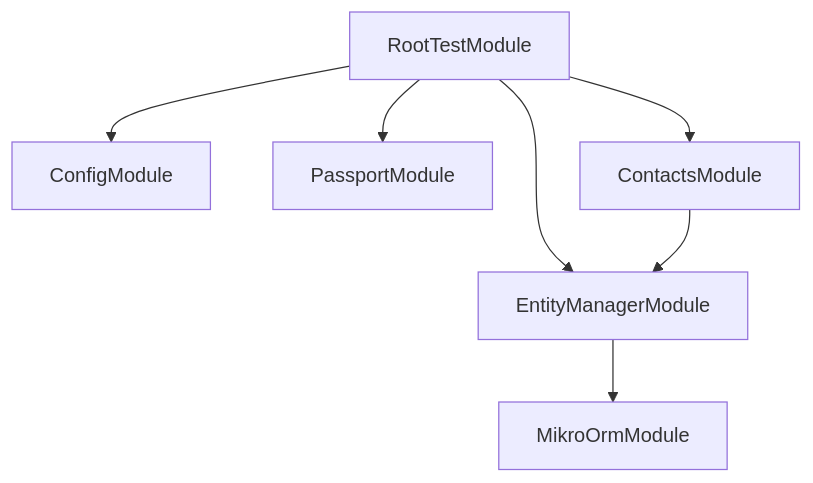
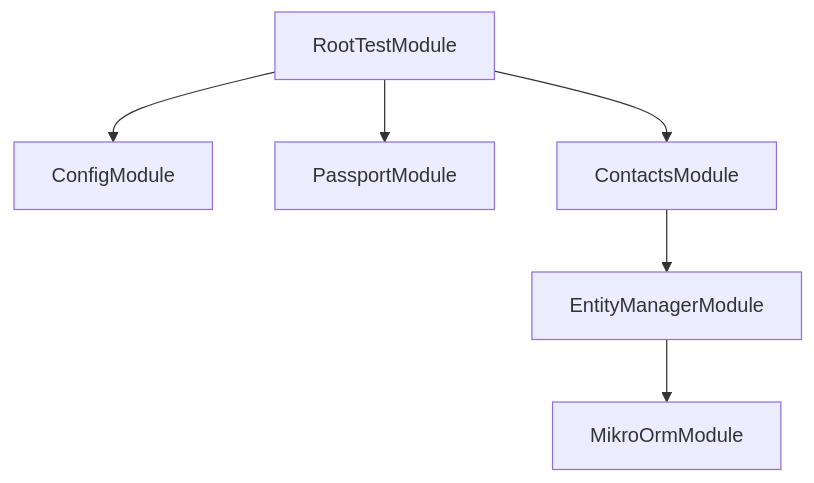
One commit to gpo/grassroots changed the diagram in docs/DependencyGraphForTest.md. Above: the diagram before and after it, drawn with Mermaid. The commit also changed 1 other file, not shown here.

Commit message:
Remove unneeded test dependency

````diff
--- a/docs/DependencyGraphForTest.md
+++ b/docs/DependencyGraphForTest.md
@@ -2,9 +2,8 @@
   ```mermaid
   graph TD
     RootTestModule-->ConfigModule
   RootTestModule-->PassportModule
-  RootTestModule-->EntityManagerModule
-  EntityManagerModule-->MikroOrmModule
   RootTestModule-->ContactsModule
   ContactsModule-->EntityManagerModule
+  EntityManagerModule-->MikroOrmModule
   ```
````
